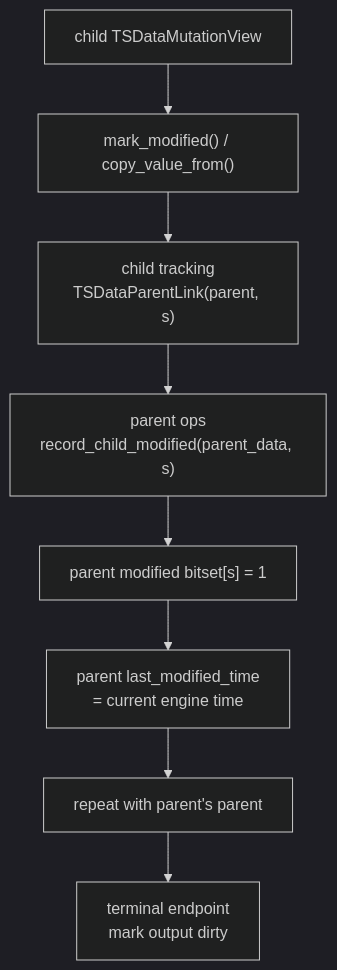
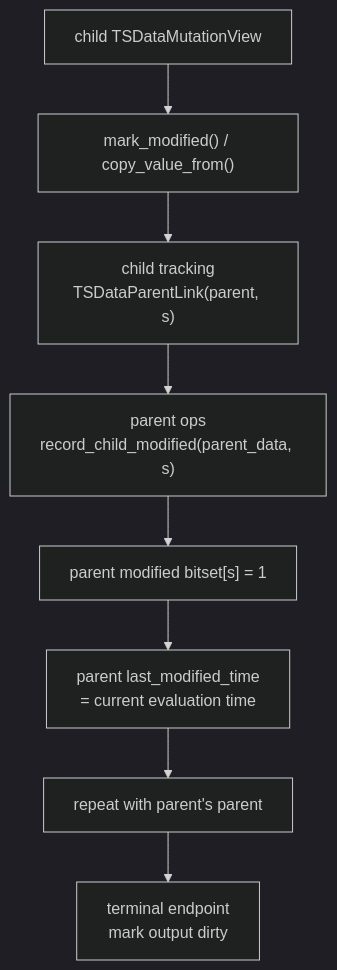
The tenth of 10 diagrams in docs/source/developer_guide/data_structures/plans_and_ops/time_series.rst (hhenson/hg_cpp), drawn with Mermaid (dark theme) before and after one commit. The commit also changed other lines of this file and 109 other files, not shown here.

```diff
--- a/docs/source/developer_guide/data_structures/plans_and_ops/time_series.rst
+++ b/docs/source/developer_guide/data_structures/plans_and_ops/time_series.rst
@@ -962,19 +962,19 @@
 .. mermaid::
 
    flowchart TD
       ChildMutation["child TSDataMutationView"]
       Mark["mark_modified() / copy_value_from()"]
       ParentLink["child tracking<br/>TSDataParentLink(parent, s)"]
       ParentHook["parent ops<br/>record_child_modified(parent_data, s)"]
       ModifiedBit["parent modified bitset[s] = 1"]
-      ParentTime["parent last_modified_time<br/>= current engine time"]
+      ParentTime["parent last_modified_time<br/>= current evaluation time"]
       Bubble["repeat with parent's parent"]
       Endpoint["terminal endpoint<br/>mark output dirty"]
 
       ChildMutation --> Mark
       Mark --> ParentLink
       ParentLink --> ParentHook
       ParentHook --> ModifiedBit
       ModifiedBit --> ParentTime
       ParentTime --> Bubble
       Bubble --> Endpoint
```
